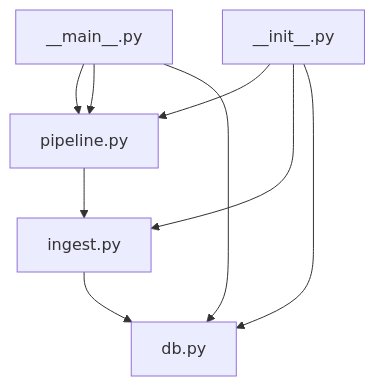
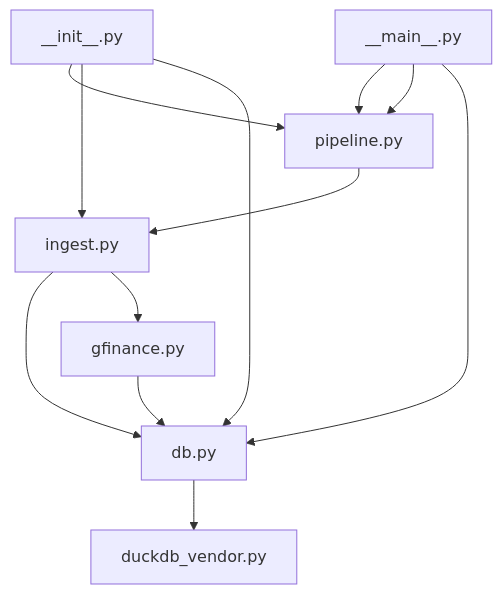
Diagram 11 of 11 in .qoder/repowiki/en/content/Core Components/Data Engineering Module/Data Engineering Module.md (ZengSeng/telegram-bot), drawn with Mermaid before and after one commit. The commit also changed other lines of this file and 8 other files, not shown here.

````diff
--- a/.qoder/repowiki/en/content/Core Components/Data Engineering Module/Data Engineering Module.md
+++ b/.qoder/repowiki/en/content/Core Components/Data Engineering Module/Data Engineering Module.md
@@ -456,11 +664,14 @@
 ```mermaid
 graph TB
 Main["__main__.py"] --> Pipeline["pipeline.py"]
 Pipeline --> Ingest["ingest.py"]
 Ingest --> DB["db.py"]
+Ingest --> GF["gfinance.py"]
+DB --> DuckDB["duckdb_vendor.py"]
 Init["__init__.py"] --> Pipeline
 Init --> Ingest
 Init --> DB
 Main --> Pipeline
 Main --> DB
+GF --> DB
 ```
````
